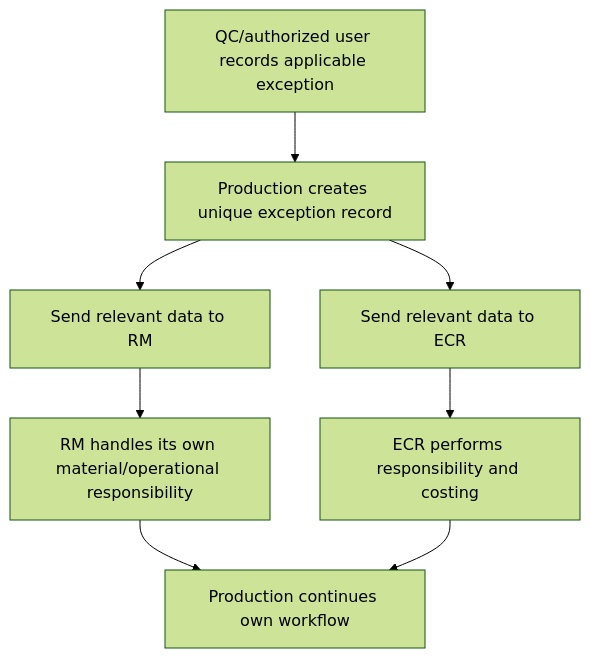
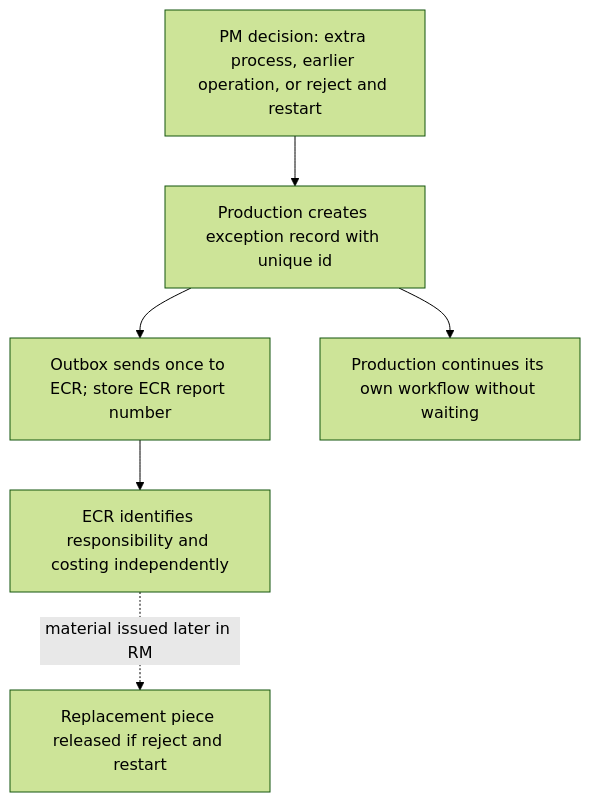
One commit to poairtronic/velan-production changed the sixth of 8 diagrams in docs/phase-1/07_Workflow_Diagrams.md. Above: the diagram before and after it, drawn with Mermaid (forest theme). The commit also changed other lines of this file, not shown here.

Commit message:
docs: update 07_Workflow_Diagrams.md per decision log 2026-11-24

````diff
--- a/docs/phase-1/07_Workflow_Diagrams.md
+++ b/docs/phase-1/07_Workflow_Diagrams.md
@@ -95,10 +101,8 @@
 ```mermaid
 flowchart TD
- A[QC/authorized user records applicable exception] --> B[Production creates unique exception record]
- B --> C[Send relevant data to RM]
- B --> D[Send relevant data to ECR]
- C --> E[RM handles its own material/operational responsibility]
- D --> F[ECR performs responsibility and costing]
- E --> G[Production continues own workflow]
- F --> G
+  A["PM decision: extra process, earlier operation, or reject and restart"] --> B["Production creates exception record with unique id"]
+  B --> C["Outbox sends once to ECR; store ECR report number"]
+  B --> D["Production continues its own workflow without waiting"]
+  C --> E["ECR identifies responsibility and costing independently"]
+  E -.->|"material issued later in RM"| F["Replacement piece released if reject and restart"]
 ```
````
